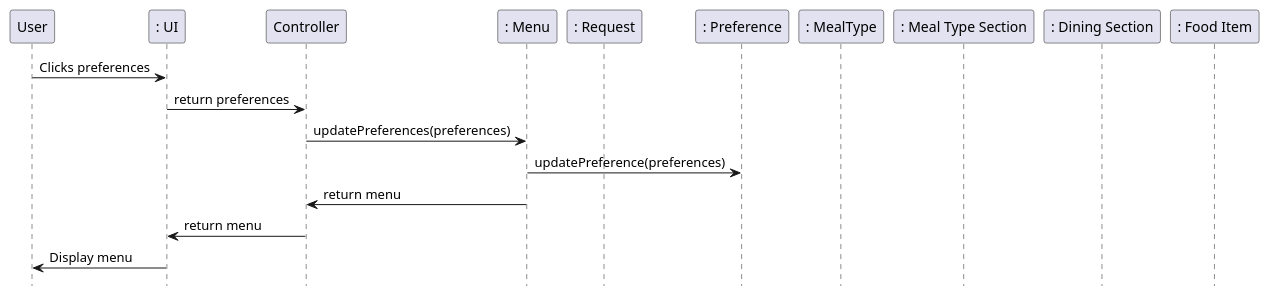
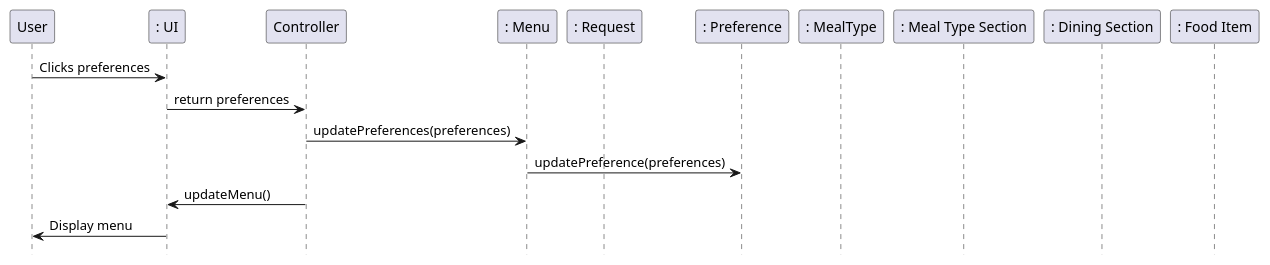
One commit to EzekielEkanem/team-1d changed the second of 2 diagrams in intellij/doc/use-cases/use-case-preference.md. Above: the diagram before and after it, drawn with PlantUML. The commit also changed 1 other file, not shown here.

Commit message:
Updated browse and preference sequence diagrams to reflect that multiple preferences are no longer created and that the menu get preference enums from the selectpreferenceview

````diff
--- a/intellij/doc/use-cases/use-case-preference.md
+++ b/intellij/doc/use-cases/use-case-preference.md
@@ -62,28 +62,26 @@
 ```plantuml
 Sequence diagrams: messages
 @startuml
 hide footbox
 
 participant "User" as user
 participant ": UI" as ui
 participant "Controller" as controller
 participant ": Menu" as menu
 participant ": Request" as request
 participant ": Preference" as preference
 participant ": MealType" as meal_t
 participant ": Meal Type Section" as meal_t_s
 participant ": Dining Section" as d_s
 participant ": Food Item" as food_item
 
 user -> ui : Clicks preferences
 ui -> controller : return preferences
 controller -> menu : updatePreferences(preferences)
 menu -> preference : updatePreference(preferences)
-
-menu -> controller : return menu
-controller -> ui : return menu
+controller -> ui : updateMenu()
 ui -> user : Display menu
 
 
 @enduml
 ```
````
